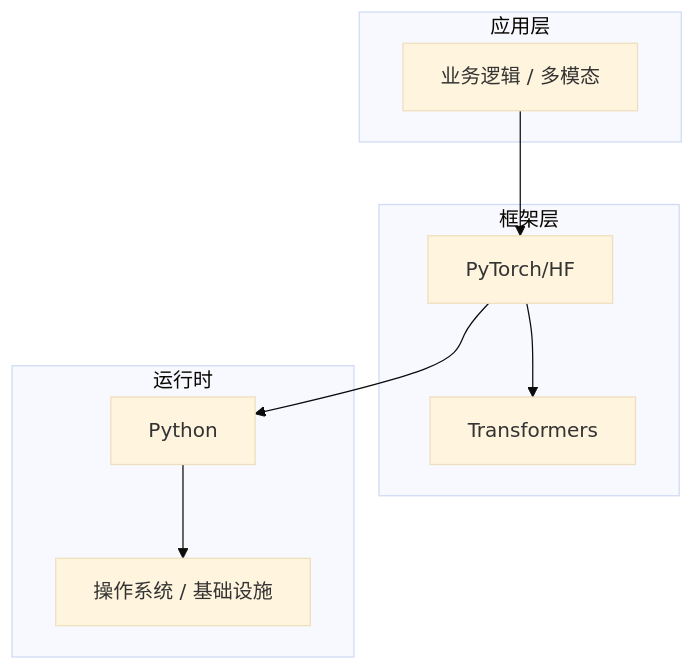
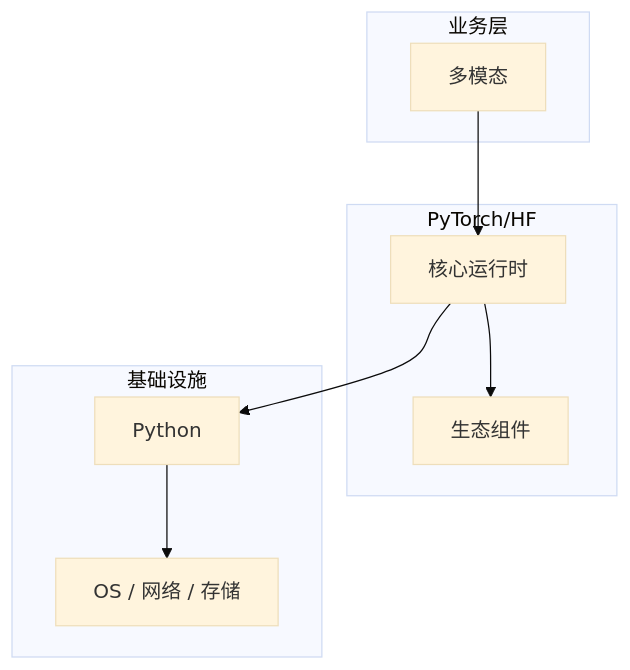
One commit to yanggan2015/knowledge-json-v2 changed the diagram in articles/大语言模型/chapters/102-多模态核心概念与原理.md. Above: the diagram before and after it, drawn with Mermaid (base theme). The commit also changed other lines of this file and 10127 other files, not shown here.

````diff
--- a/articles/大语言模型/chapters/102-多模态核心概念与原理.md
+++ b/articles/大语言模型/chapters/102-多模态核心概念与原理.md
@@ -45,18 +30,18 @@
 ```mermaid
 graph TB
-    subgraph 应用层
-        A[业务逻辑 / 多模态]
+    subgraph 业务层
+        A[多模态]
     end
-    subgraph 框架层
-        B[PyTorch/HF]
-        C[Transformers]
+    subgraph PyTorch/HF
+        B[核心运行时]
+        C[生态组件]
     end
-    subgraph 运行时
+    subgraph 基础设施
         D[Python]
-        E[操作系统 / 基础设施]
+        E[OS / 网络 / 存储]
     end
     A --> B
     B --> C
     B --> D
     D --> E
 ```
````
